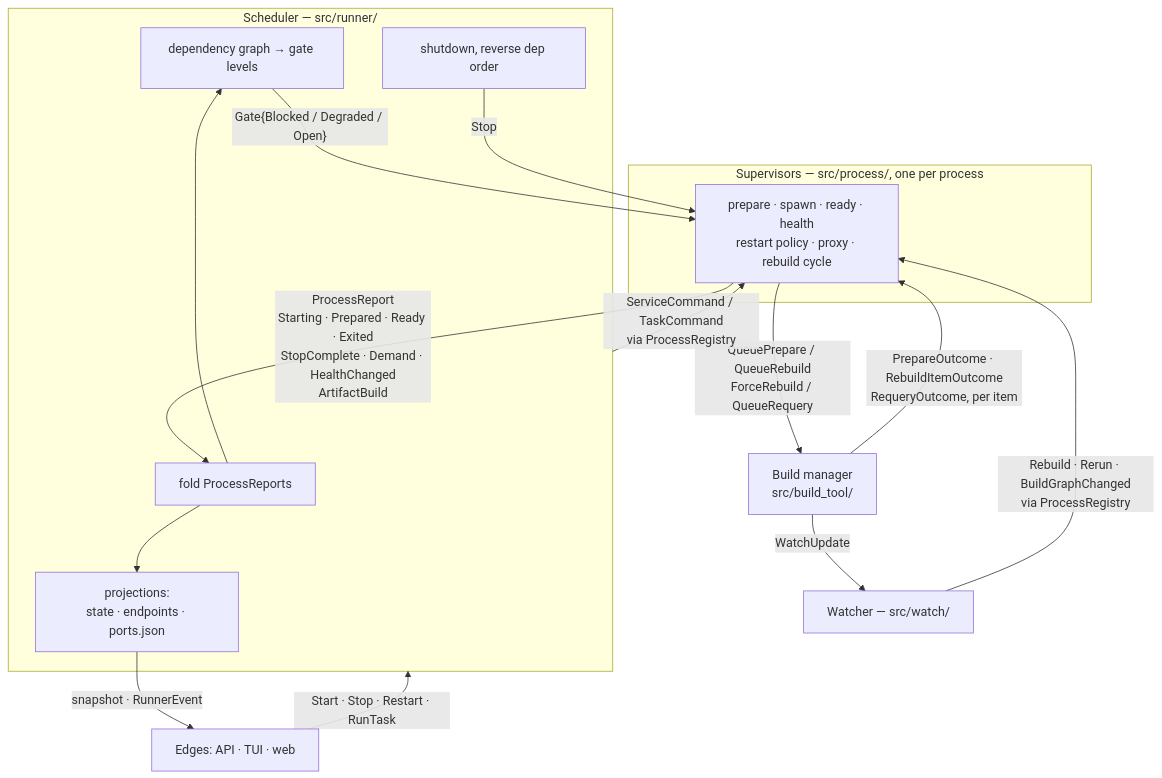
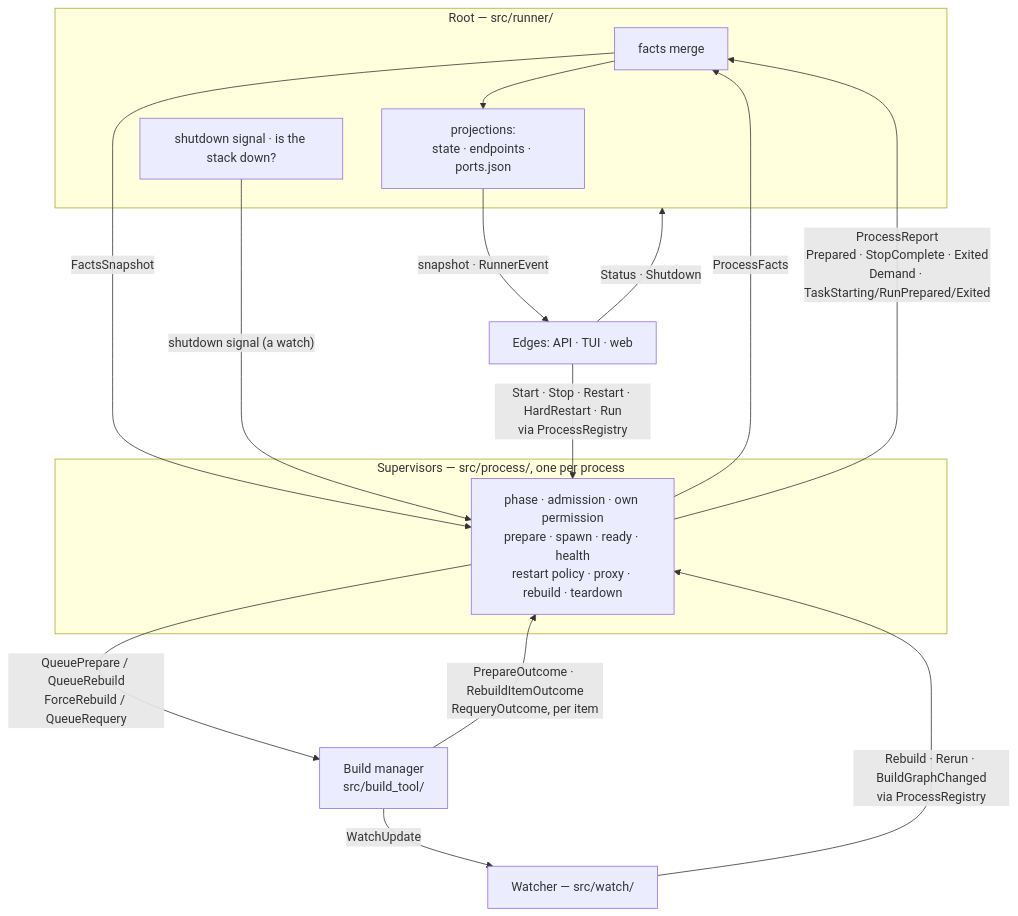
One commit to mcmullinboy15/don changed the first of 4 diagrams in docs/ownership.md. Above: the diagram before and after it, drawn with Mermaid. The commit also changed other lines of this file and 59 other files, not shown here.

````diff
--- a/docs/ownership.md
+++ b/docs/ownership.md
@@ -39,31 +140,30 @@
 ```mermaid
 flowchart TD
-    subgraph SCHED["Scheduler — src/runner/"]
-        G["dependency graph → gate levels"]
-        F["fold ProcessReports"]
+    subgraph ROOT["Root — src/runner/"]
+        F["facts merge"]
         P["projections:<br/>state · endpoints · ports.json"]
-        T["shutdown, reverse dep order"]
+        T["shutdown signal · is the stack down?"]
     end
 
     subgraph SUP["Supervisors — src/process/, one per process"]
-        S["prepare · spawn · ready · health<br/>restart policy · proxy · rebuild cycle"]
+        S["phase · admission · own permission<br/>prepare · spawn · ready · health<br/>restart policy · proxy · rebuild · teardown"]
     end
 
     BM["Build manager<br/>src/build_tool/"]
     W["Watcher — src/watch/"]
     E["Edges: API · TUI · web"]
 
-    G -->|"Gate{Blocked / Degraded / Open}"| S
-    E -->|"Start · Stop · Restart · RunTask"| SCHED
-    SCHED -->|"ServiceCommand / TaskCommand<br/>via ProcessRegistry"| S
-    S -->|"ProcessReport<br/>Starting · Prepared · Ready · Exited<br/>StopComplete · Demand · HealthChanged<br/>ArtifactBuild"| F
-    F --> G
+    S -->|"ProcessFacts"| F
+    F -->|"FactsSnapshot"| S
     F --> P
     P -->|"snapshot · RunnerEvent"| E
-    T -->|"Stop"| S
+    T -->|"shutdown signal (a watch)"| S
+    E -->|"Start · Stop · Restart · HardRestart · Run<br/>via ProcessRegistry"| S
+    E -->|"Status · Shutdown"| ROOT
+    S -->|"ProcessReport<br/>Prepared · StopComplete · Exited<br/>Demand · TaskStarting/RunPrepared/Exited"| F
 
     S -->|"QueuePrepare / QueueRebuild<br/>ForceRebuild / QueueRequery"| BM
     BM -->|"PrepareOutcome · RebuildItemOutcome<br/>RequeryOutcome, per item"| S
     BM -->|"WatchUpdate"| W
     W -->|"Rebuild · Rerun · BuildGraphChanged<br/>via ProcessRegistry"| S
 ```
````
